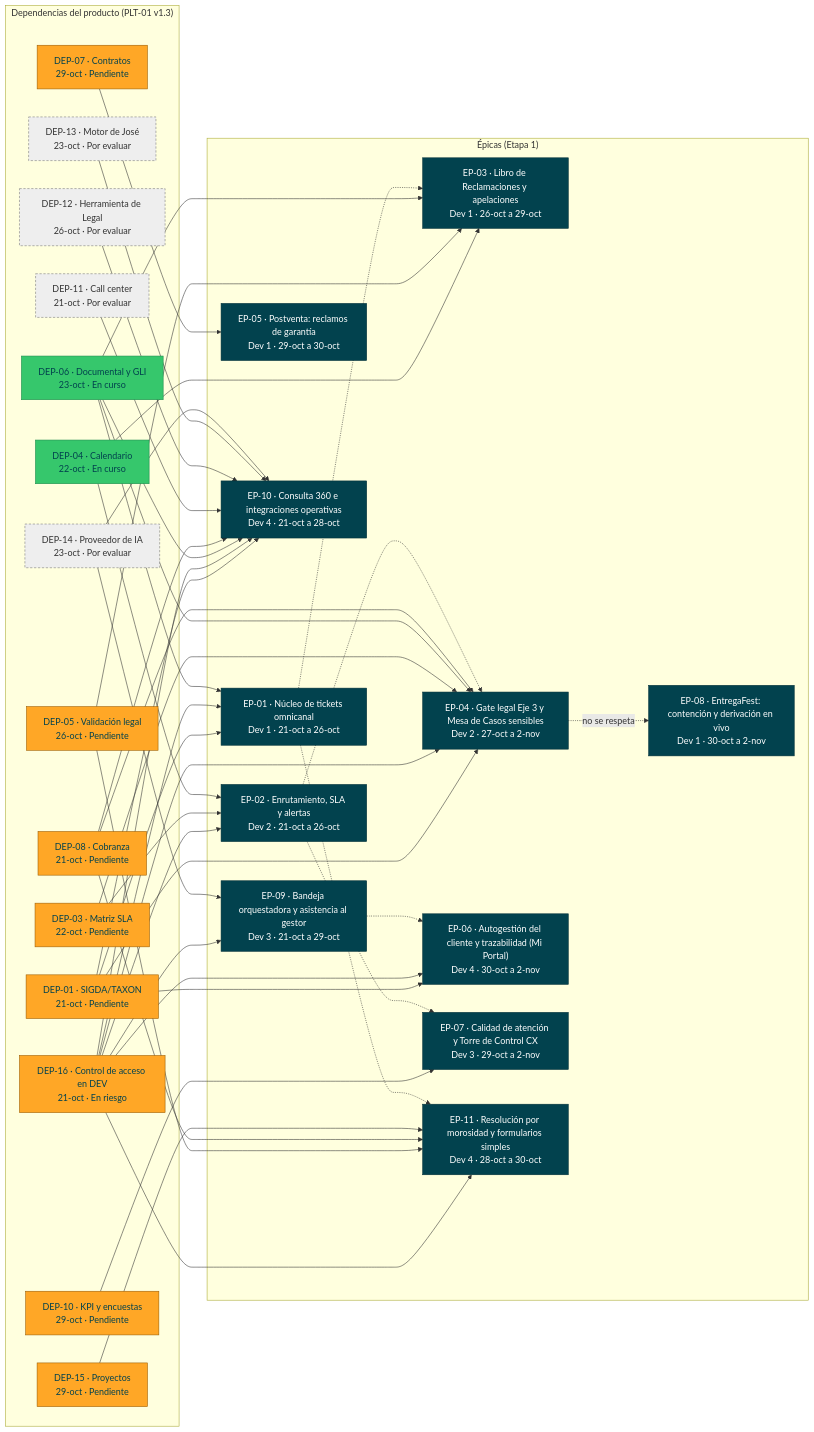
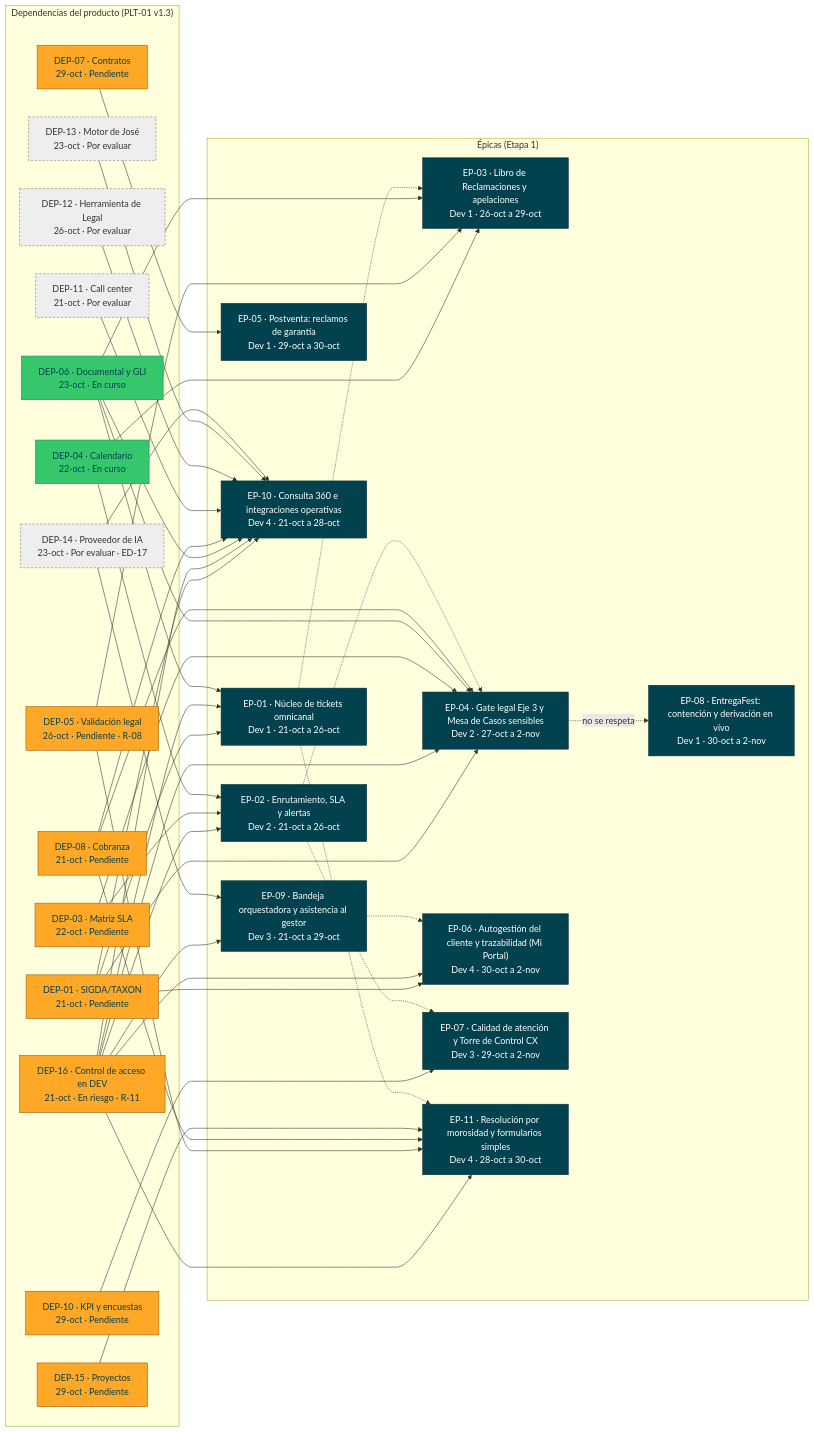
One commit to michel-poma-huachihuaco/tyc-mockup changed the diagram in propuesta-po/documentacion/paquete-definir-etapa1-v1.3/roadmap/dependencias.mmd. Above: the diagram before and after it, drawn with Mermaid. The commit also changed 69 other files, not shown here.

```diff
--- a/propuesta-po/documentacion/paquete-definir-etapa1-v1.3/roadmap/dependencias.mmd
+++ b/propuesta-po/documentacion/paquete-definir-etapa1-v1.3/roadmap/dependencias.mmd
@@ -1,89 +1,90 @@
 flowchart LR
   subgraph Deps["Dependencias del producto (PLT-01 v1.3)"]
     DEP01["DEP-01 · SIGDA/TAXON<br/>21-oct · Pendiente"]
-    DEP16["DEP-16 · Control de acceso en DEV<br/>21-oct · En riesgo"]
+    DEP16["DEP-16 · Control de acceso en DEV<br/>21-oct · En riesgo · R-11"]
     DEP03["DEP-03 · Matriz SLA<br/>22-oct · Pendiente"]
     DEP04["DEP-04 · Calendario<br/>22-oct · En curso"]
-    DEP05["DEP-05 · Validación legal<br/>26-oct · Pendiente"]
+    DEP05["DEP-05 · Validación legal<br/>26-oct · Pendiente · R-08"]
     DEP06["DEP-06 · Documental y GLI<br/>23-oct · En curso"]
     DEP07["DEP-07 · Contratos<br/>29-oct · Pendiente"]
     DEP08["DEP-08 · Cobranza<br/>21-oct · Pendiente"]
     DEP10["DEP-10 · KPI y encuestas<br/>29-oct · Pendiente"]
     DEP11["DEP-11 · Call center<br/>21-oct · Por evaluar"]
     DEP12["DEP-12 · Herramienta de Legal<br/>26-oct · Por evaluar"]
     DEP13["DEP-13 · Motor de José<br/>23-oct · Por evaluar"]
-    DEP14["DEP-14 · Proveedor de IA<br/>23-oct · Por evaluar"]
+    DEP14["DEP-14 · Proveedor de IA<br/>23-oct · Por evaluar · ED-17"]
     DEP15["DEP-15 · Proyectos<br/>29-oct · Pendiente"]
   end
   subgraph Epicas["Épicas (Etapa 1)"]
     EPATC01["EP-01 · Núcleo de tickets omnicanal<br/>Dev 1 · 21-oct a 26-oct"]
     EPATC02["EP-02 · Enrutamiento, SLA y alertas<br/>Dev 2 · 21-oct a 26-oct"]
     EPATC03["EP-03 · Libro de Reclamaciones y apelaciones<br/>Dev 1 · 26-oct a 29-oct"]
     EPATC04["EP-04 · Gate legal Eje 3 y Mesa de Casos sensibles<br/>Dev 2 · 27-oct a 2-nov"]
     EPATC05["EP-05 · Postventa: reclamos de garantía<br/>Dev 1 · 29-oct a 30-oct"]
     EPATC06["EP-06 · Autogestión del cliente y trazabilidad (Mi Portal)<br/>Dev 4 · 30-oct a 2-nov"]
     EPATC07["EP-07 · Calidad de atención y Torre de Control CX<br/>Dev 3 · 29-oct a 2-nov"]
     EPATC08["EP-08 · EntregaFest: contención y derivación en vivo<br/>Dev 1 · 30-oct a 2-nov"]
     EPATC09["EP-09 · Bandeja orquestadora y asistencia al gestor<br/>Dev 3 · 21-oct a 29-oct"]
     EPATC10["EP-10 · Consulta 360 e integraciones operativas<br/>Dev 4 · 21-oct a 28-oct"]
     EPATC11["EP-11 · Resolución por morosidad y formularios simples<br/>Dev 4 · 28-oct a 30-oct"]
   end
   DEP01 --> EPATC01
   DEP01 --> EPATC04
   DEP01 --> EPATC06
   DEP01 --> EPATC10
   DEP16 --> EPATC01
   DEP16 --> EPATC02
   DEP16 --> EPATC09
   DEP16 --> EPATC04
   DEP16 --> EPATC06
   DEP16 --> EPATC10
   DEP16 --> EPATC11
   DEP03 --> EPATC02
   DEP03 --> EPATC04
   DEP04 --> EPATC02
   DEP04 --> EPATC03
   DEP05 --> EPATC03
   DEP05 --> EPATC11
   DEP06 --> EPATC01
   DEP06 --> EPATC03
   DEP06 --> EPATC04
   DEP06 --> EPATC10
   DEP07 --> EPATC05
   DEP08 --> EPATC04
   DEP08 --> EPATC10
   DEP08 --> EPATC11
   DEP10 --> EPATC07
   DEP11 --> EPATC10
   DEP12 --> EPATC10
   DEP13 --> EPATC10
   DEP14 --> EPATC09
   DEP14 --> EPATC10
   DEP15 --> EPATC11
   EPATC01 -..-> EPATC03
   EPATC01 -..-> EPATC11
   EPATC02 -..-> EPATC04
   EPATC02 -..-> EPATC07
   EPATC09 -..-> EPATC06
   EPATC04 -. no se respeta .-> EPATC08
   classDef pend fill:#FFA726,stroke:#9A5B00,color:#02424E
   classDef curso fill:#36C76C,stroke:#1B8A4A,color:#02424E
   classDef eval fill:#EEEEEE,stroke:#777,color:#333,stroke-dasharray:4 3
   classDef ep fill:#02424E,stroke:#012F38,color:#FFFFFF
   class DEP01 pend
   class DEP16 pend
   class DEP03 pend
   class DEP04 curso
   class DEP05 pend
   class DEP06 curso
   class DEP07 pend
   class DEP08 pend
   class DEP10 pend
   class DEP11 eval
   class DEP12 eval
   class DEP13 eval
   class DEP14 eval
   class DEP15 pend
   class EPATC01,EPATC02,EPATC03,EPATC04,EPATC05,EPATC06,EPATC07,EPATC08,EPATC09,EPATC10,EPATC11 ep
 %% 0.4 · 2026-10-26 · Brayan Hurtado, con IA (Claude) · DEP-16 «en riesgo» y sus épicas desde las 23 HU que la tienen (C-12). — Revisado por: (pendiente)
 %% 0.5 · 2026-10-26 · Brayan Hurtado, con IA (Claude) · La DEP-16 la tienen 24 HU (suma HU-049, RN-SVC-036; P-034); sus épicas no cambian. Las épicas siguen con las 6 dependencias lógicas del PO (Gantt del PLT-01 y PLT-02). — Revisado por: (pendiente)
+%% 0.6 · 2026-10-26 · Brayan Hurtado, con IA (Claude) · DEP-16 como riesgo aceptado con mitigación (R-11, ED-08), DEP-05 con R-08 (ED-13) y DEP-14 con proveedor decidido (ED-17), según `analisis/decisiones.md` v0.7. — Revisado por: (pendiente)
```
